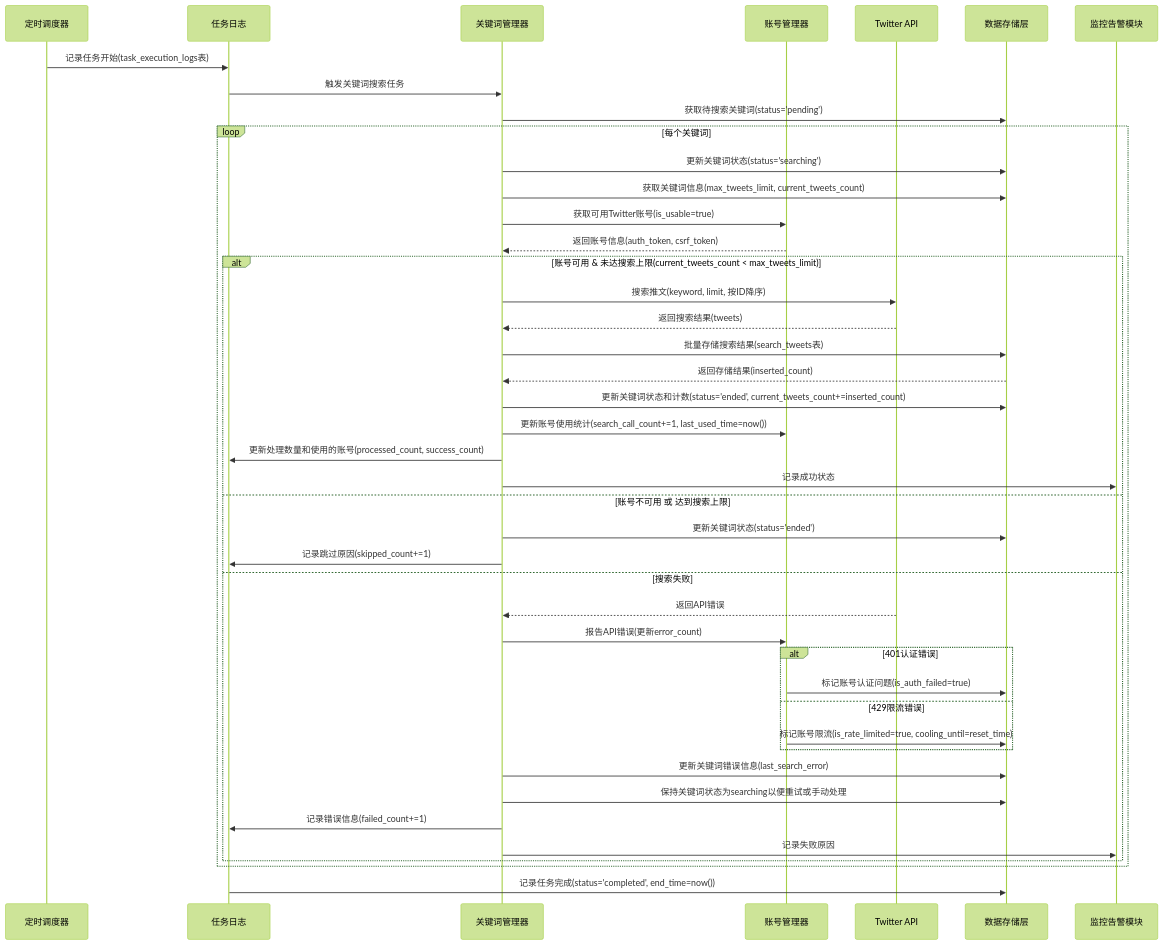
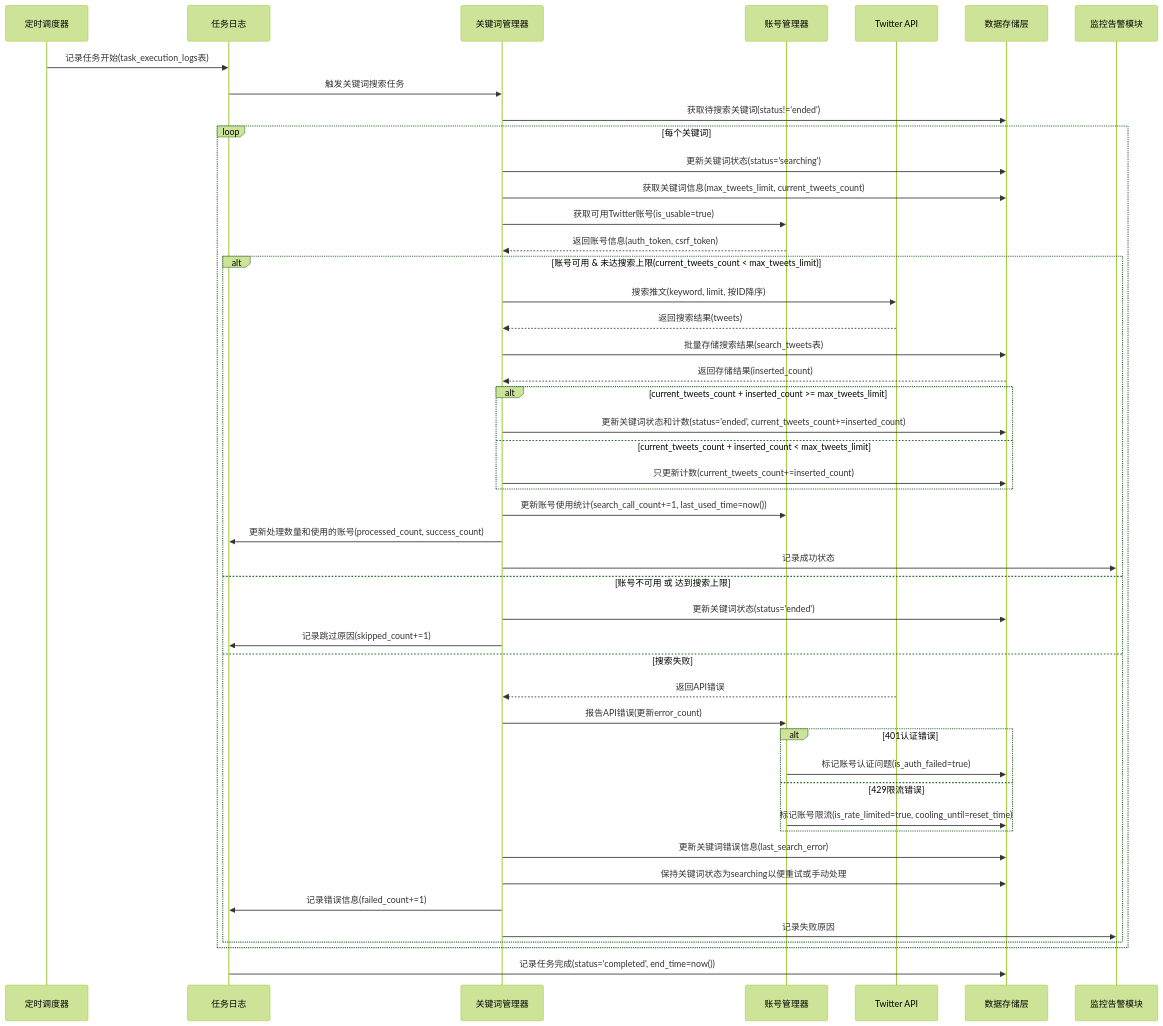
The second of 6 diagrams in tech.md (Taskon-xyz/AIProduct), drawn with Mermaid (forest theme) before and after one commit. The commit also changed other lines of this file, not shown here.

````diff
--- a/tech.md
+++ b/tech.md
@@ -445,47 +413,51 @@
 ```mermaid
 sequenceDiagram
     participant Scheduler as 定时调度器
     participant TaskLog as 任务日志
     participant Keywords as 关键词管理器
     participant AccountManager as 账号管理器
     participant Twitter as Twitter API
     participant Storage as 数据存储层
     participant Monitor as 监控告警模块
 
     Scheduler->>TaskLog: 记录任务开始(task_execution_logs表)
     TaskLog->>Keywords: 触发关键词搜索任务
-    Keywords->>Storage: 获取待搜索关键词(status='pending')
+    Keywords->>Storage: 获取待搜索关键词(status!='ended')
     loop 每个关键词
         Keywords->>Storage: 更新关键词状态(status='searching')
         Keywords->>Storage: 获取关键词信息(max_tweets_limit, current_tweets_count)
         Keywords->>AccountManager: 获取可用Twitter账号(is_usable=true)
         AccountManager-->>Keywords: 返回账号信息(auth_token, csrf_token)
         
         alt 账号可用 & 未达搜索上限(current_tweets_count < max_tweets_limit)
             Keywords->>Twitter: 搜索推文(keyword, limit, 按ID降序)
             Twitter-->>Keywords: 返回搜索结果(tweets)
             Keywords->>Storage: 批量存储搜索结果(search_tweets表)
             Storage-->>Keywords: 返回存储结果(inserted_count)
-            Keywords->>Storage: 更新关键词状态和计数(status='ended', current_tweets_count+=inserted_count)
+            alt current_tweets_count + inserted_count >= max_tweets_limit
+                Keywords->>Storage: 更新关键词状态和计数(status='ended', current_tweets_count+=inserted_count)
+            else current_tweets_count + inserted_count < max_tweets_limit
+                Keywords->>Storage: 只更新计数(current_tweets_count+=inserted_count)
+            end
             Keywords->>AccountManager: 更新账号使用统计(search_call_count+=1, last_used_time=now())
             Keywords->>TaskLog: 更新处理数量和使用的账号(processed_count, success_count)
             Keywords->>Monitor: 记录成功状态
         else 账号不可用 或 达到搜索上限
             Keywords->>Storage: 更新关键词状态(status='ended')
             Keywords->>TaskLog: 记录跳过原因(skipped_count+=1)
         else 搜索失败
             Twitter-->>Keywords: 返回API错误
             Keywords->>AccountManager: 报告API错误(更新error_count)
             alt 401认证错误
                 AccountManager->>Storage: 标记账号认证问题(is_auth_failed=true)
             else 429限流错误
                 AccountManager->>Storage: 标记账号限流(is_rate_limited=true, cooling_until=reset_time)
             end
             Keywords->>Storage: 更新关键词错误信息(last_search_error)
             Keywords->>Storage: 保持关键词状态为searching以便重试或手动处理
             Keywords->>TaskLog: 记录错误信息(failed_count+=1)
             Keywords->>Monitor: 记录失败原因
         end
     end
     TaskLog->>Storage: 记录任务完成(status='completed', end_time=now())
 ```
````
